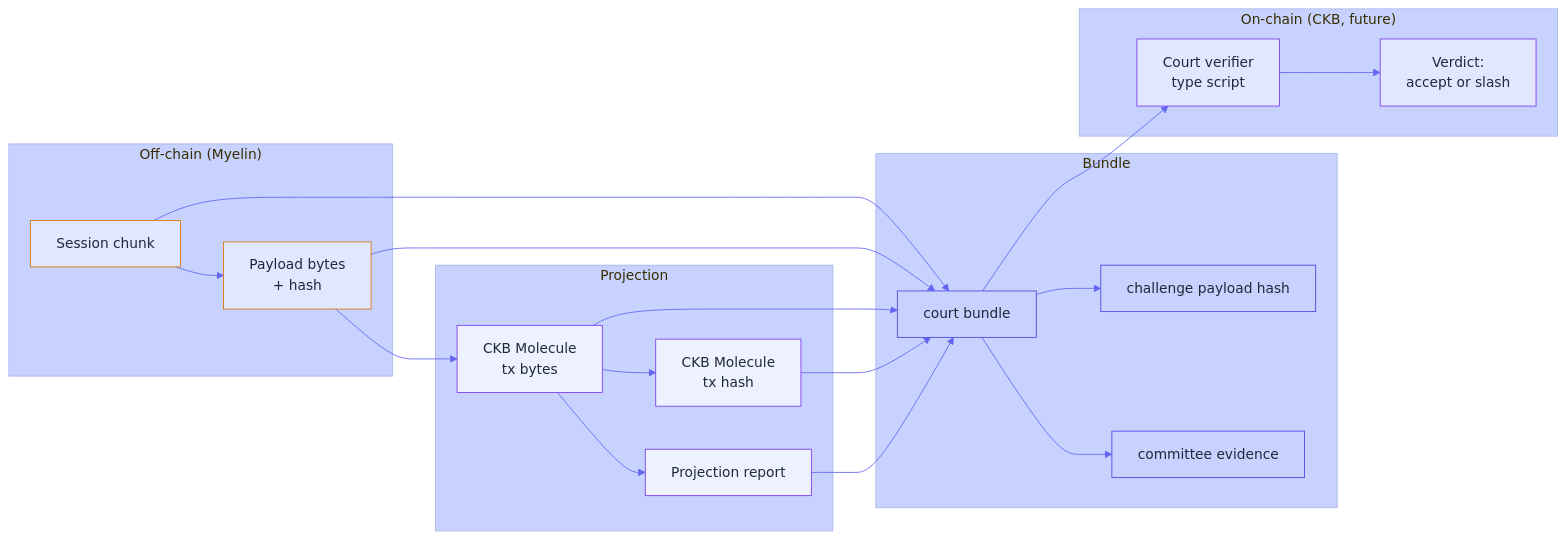
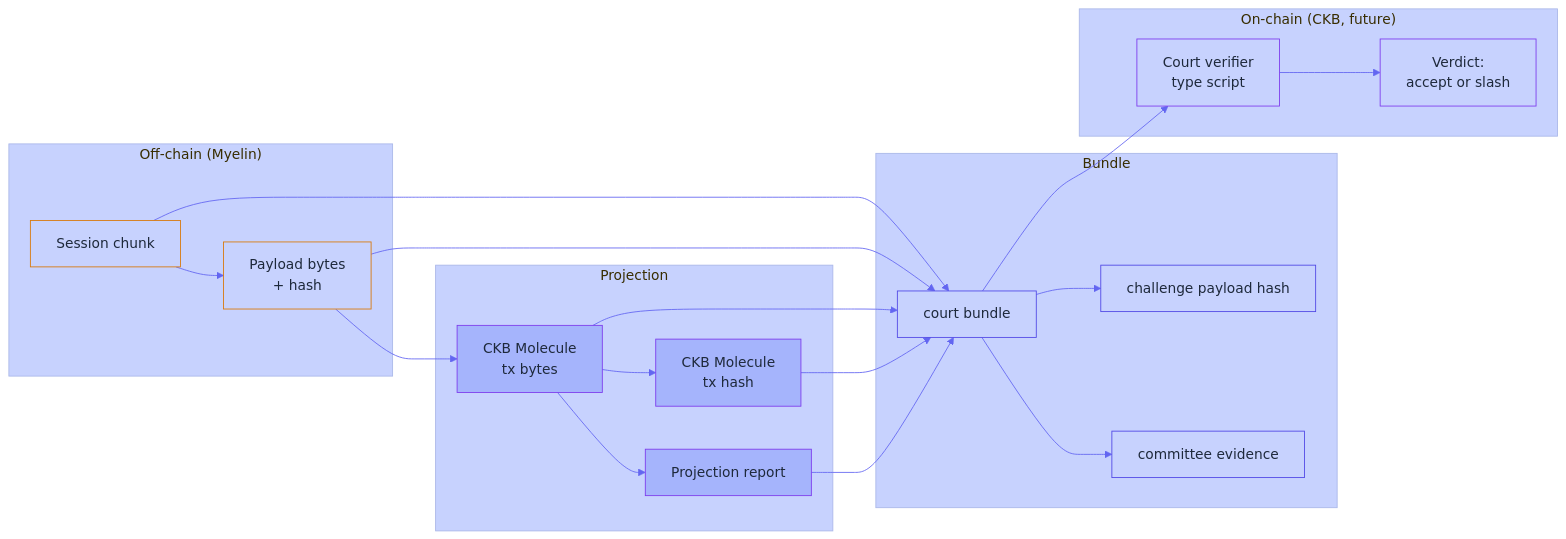
Before and after one commit to Myelin-Labs/Myelin: the diagram in docs/getting-started/first-run.md, drawn with Mermaid. The commit also changed 31 other files, not shown here.

````diff
--- a/docs/getting-started/first-run.md
+++ b/docs/getting-started/first-run.md
@@ -111,45 +111,45 @@
 ```mermaid
 %%{init: {
   "theme": "base",
   "themeVariables": {
-    "primaryColor": "#EEF2FF",
+    "primaryColor": "#A5B4FC",
     "primaryTextColor": "#1E293B",
     "primaryBorderColor": "#4F46E5",
     "lineColor": "#6366F1",
-    "secondaryColor": "#E0E7FF",
+    "secondaryColor": "#C7D2FE",
     "tertiaryColor": "#C7D2FE",
     "fontFamily": "Inter, system-ui, sans-serif"
   }
 }}%%
 flowchart LR
     subgraph OFF["Off-chain (Myelin)"]
         A["Session chunk"]:::off
         B["Payload bytes<br/>+ hash"]:::off
     end
     subgraph PROJ["Projection"]
         C["CKB Molecule<br/>tx bytes"]:::proj
         D["CKB Molecule<br/>tx hash"]:::proj
         E["Projection report"]:::proj
     end
     subgraph EVID["Bundle"]
         F["court bundle"]:::bundle
         G["challenge payload hash"]:::bundle
         H["committee evidence"]:::bundle
     end
     subgraph L1["On-chain (CKB, future)"]
         I["Court verifier<br/>type script"]:::l1
         J["Verdict:<br/>accept or slash"]:::l1
     end
     A --> B --> C
     C --> D
     C --> E
     A & B & C & D & E --> F
     F --> G
     F --> H
     F --> I
     I --> J
-    classDef off    fill:#E0E7FF,stroke:#D97706,color:#1E293B;
-    classDef proj   fill:#EEF2FF,stroke:#7C3AED,color:#1E293B;
+    classDef off    fill:#C7D2FE,stroke:#D97706,color:#1E293B;
+    classDef proj   fill:#A5B4FC,stroke:#7C3AED,color:#1E293B;
     classDef bundle fill:#C7D2FE,stroke:#4F46E5,color:#1E293B;
-    classDef l1     fill:#E0E7FF,stroke:#7C3AED,color:#1E293B;
+    classDef l1     fill:#C7D2FE,stroke:#7C3AED,color:#1E293B;
 ```
````
